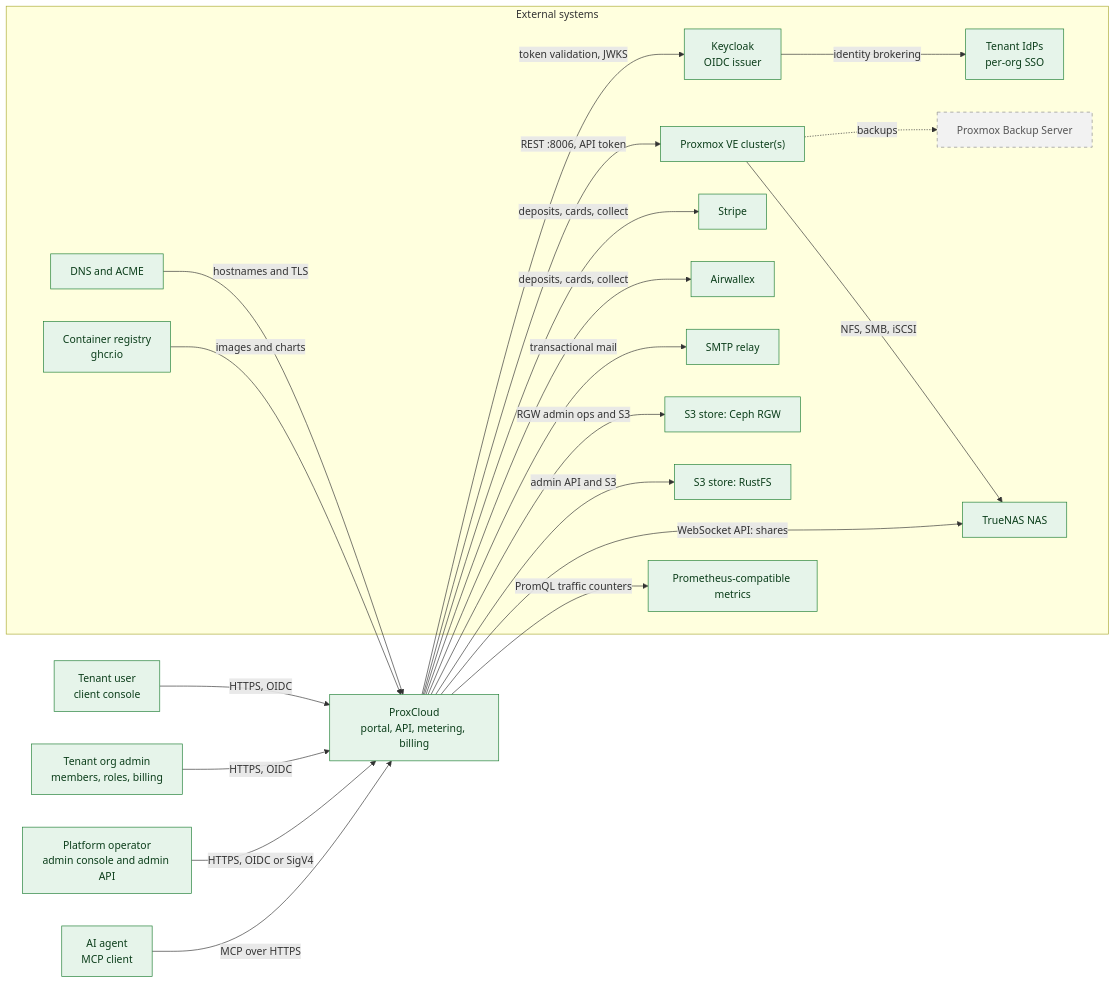
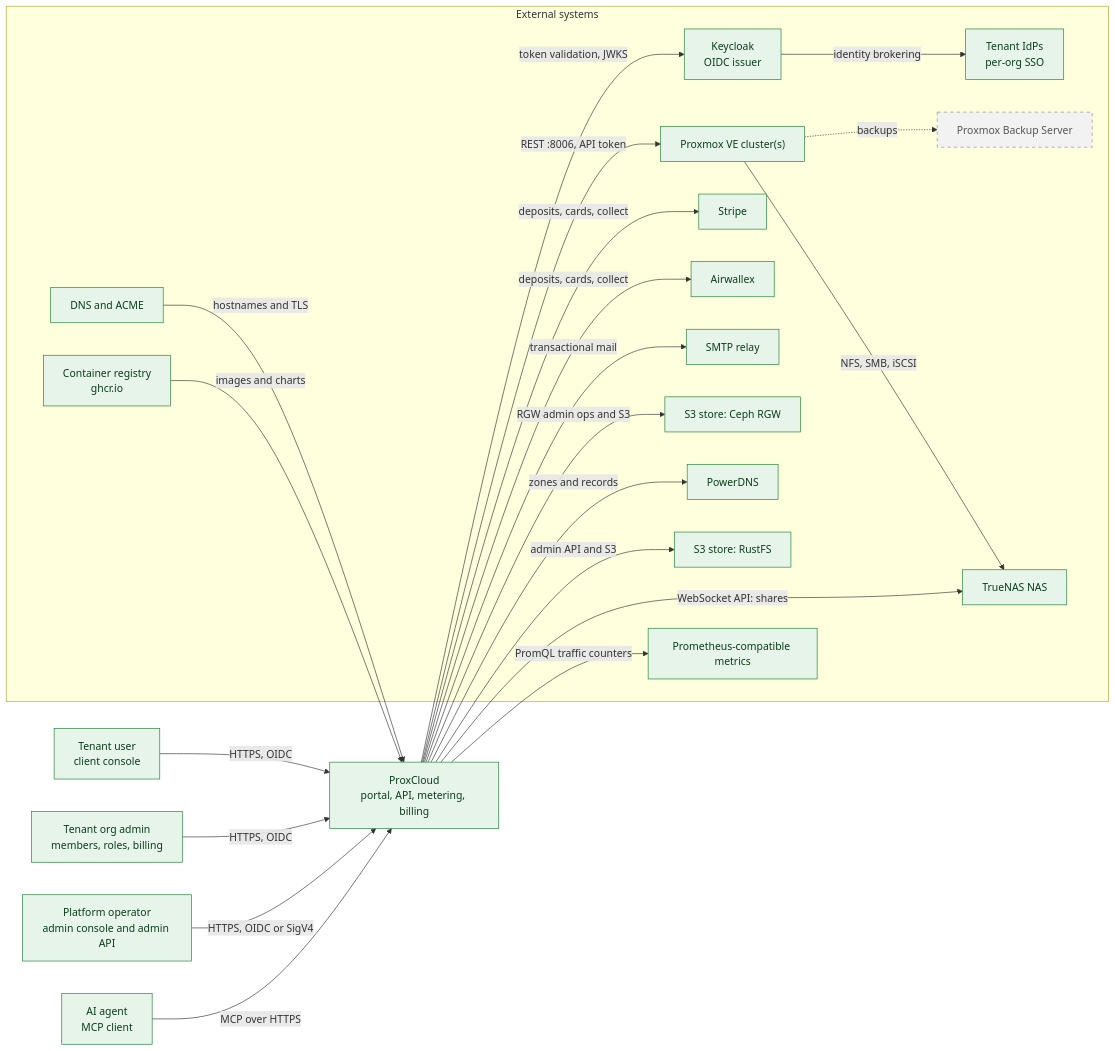
Before and after one commit to mutex-solutions/proxcloud: the diagram in docs/architecture/c4/c1-context.md, drawn with Mermaid. The commit also changed other lines of this file and 21 other files, not shown here.

First line of the commit message:
feat(dns): add tenant DNS zones on PowerDNS

````diff
--- a/docs/architecture/c4/c1-context.md
+++ b/docs/architecture/c4/c1-context.md
@@ -11,48 +11,50 @@
 ```mermaid
 flowchart LR
   classDef impl fill:#e6f4ea,stroke:#1e7e34,color:#0b3d1a
   classDef planned fill:#f2f2f2,stroke:#8a8a8a,stroke-dasharray:5 5,color:#555555
 
   tenant["Tenant user<br/>client console"]:::impl
   orgadmin["Tenant org admin<br/>members, roles, billing"]:::impl
   operator["Platform operator<br/>admin console and admin API"]:::impl
   agent["AI agent<br/>MCP client"]:::impl
 
   pc["ProxCloud<br/>portal, API, metering, billing"]:::impl
 
   subgraph ext["External systems"]
     pve["Proxmox VE cluster(s)"]:::impl
     pbs["Proxmox Backup Server"]:::planned
     kc["Keycloak<br/>OIDC issuer"]:::impl
     idp["Tenant IdPs<br/>per-org SSO"]:::impl
     stripe["Stripe"]:::impl
     airwallex["Airwallex"]:::impl
     smtp["SMTP relay"]:::impl
     rgw["S3 store: Ceph RGW"]:::impl
+    pdns["PowerDNS"]:::impl
     rustfs["S3 store: RustFS"]:::impl
     nas["TrueNAS NAS"]:::impl
     prom["Prometheus-compatible metrics"]:::impl
     dns["DNS and ACME"]:::impl
     reg["Container registry<br/>ghcr.io"]:::impl
   end
 
   tenant -->|"HTTPS, OIDC"| pc
   orgadmin -->|"HTTPS, OIDC"| pc
   operator -->|"HTTPS, OIDC or SigV4"| pc
   agent -->|"MCP over HTTPS"| pc
 
   pc -->|"token validation, JWKS"| kc
   kc -->|"identity brokering"| idp
   pc -->|"REST :8006, API token"| pve
   pve -.->|"backups"| pbs
   pc -->|"deposits, cards, collect"| stripe
   pc -->|"deposits, cards, collect"| airwallex
   pc -->|"transactional mail"| smtp
   pc -->|"RGW admin ops and S3"| rgw
+  pc -->|"zones and records"| pdns
   pc -->|"admin API and S3"| rustfs
   pc -->|"WebSocket API: shares"| nas
   pve -->|"NFS, SMB, iSCSI"| nas
   pc -->|"PromQL traffic counters"| prom
   dns -->|"hostnames and TLS"| pc
   reg -->|"images and charts"| pc
 ```
````
